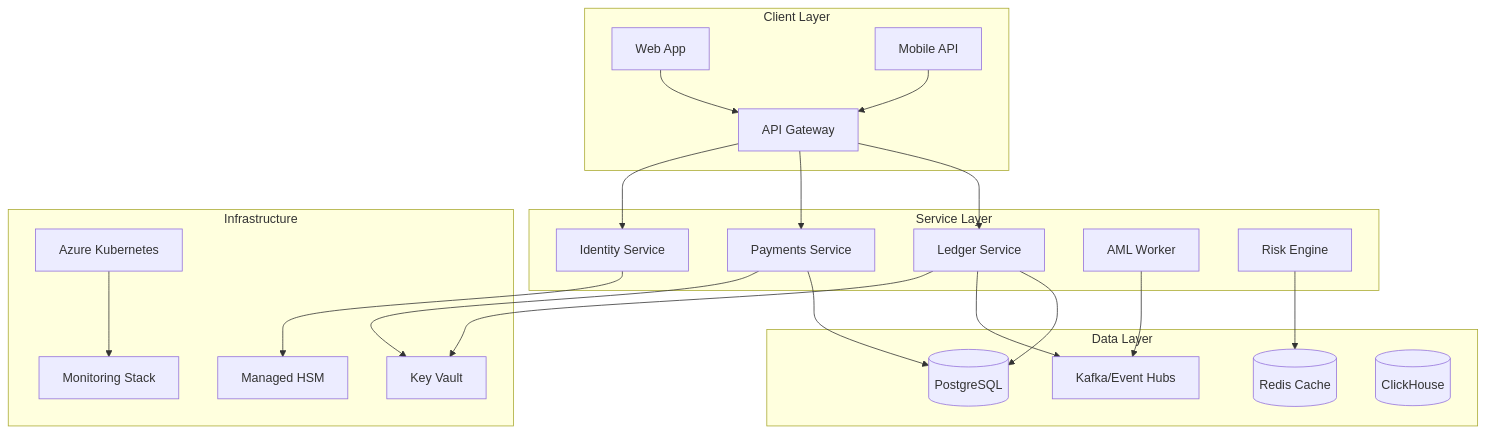
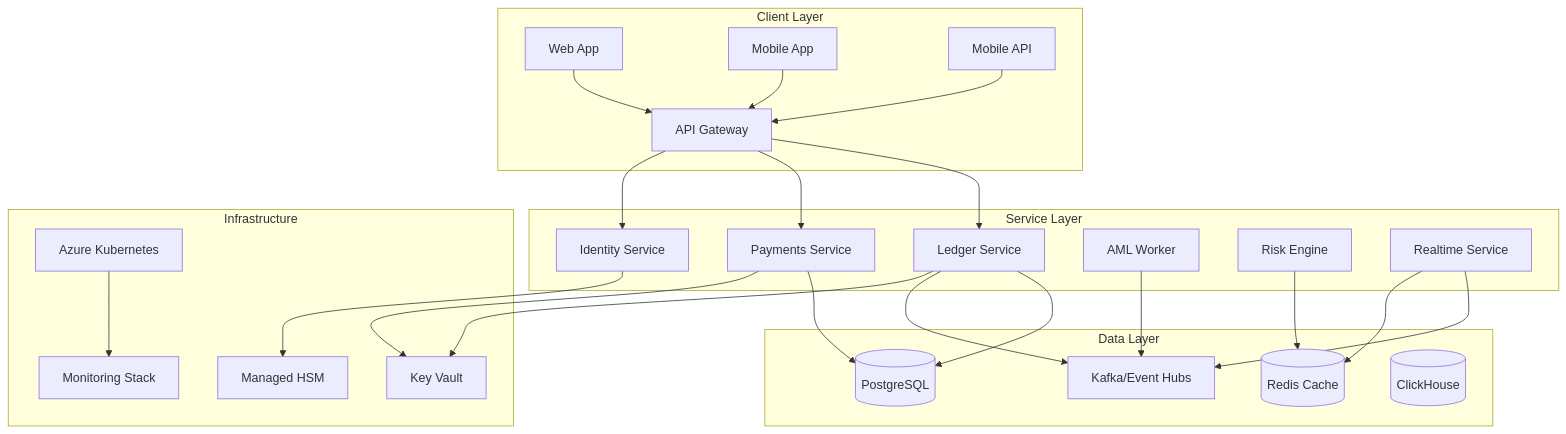
The diagram in README.md (ragner01/Atlas-bank), drawn with Mermaid before and after one commit. The commit also changed other lines of this file, not shown here.

First line of the commit message:
📚 Update README with Mobile Banking App and Phase 26 Features

````diff
--- a/README.md
+++ b/README.md
@@ -35,48 +52,53 @@
 ```mermaid
 graph TB
     subgraph "Client Layer"
         WEB[Web App]
+        MOBILE[Mobile App]
         API[Mobile API]
         GW[API Gateway]
     end
     
     subgraph "Service Layer"
         LEDGER[Ledger Service]
         PAYMENTS[Payments Service]
         IDENTITY[Identity Service]
         AML[AML Worker]
         RISK[Risk Engine]
+        REALTIME[Realtime Service]
     end
     
     subgraph "Data Layer"
         POSTGRES[(PostgreSQL)]
         REDIS[(Redis Cache)]
         KAFKA[Kafka/Event Hubs]
         CLICKHOUSE[(ClickHouse)]
     end
     
     subgraph "Infrastructure"
         AKS[Azure Kubernetes]
         KEYVAULT[Key Vault]
         HSM[Managed HSM]
         MONITORING[Monitoring Stack]
     end
     
     WEB --> GW
+    MOBILE --> GW
     API --> GW
     GW --> LEDGER
     GW --> PAYMENTS
     GW --> IDENTITY
     
     LEDGER --> POSTGRES
     PAYMENTS --> POSTGRES
     LEDGER --> KAFKA
     AML --> KAFKA
     RISK --> REDIS
+    REALTIME --> KAFKA
+    REALTIME --> REDIS
     
     LEDGER --> KEYVAULT
     PAYMENTS --> KEYVAULT
     IDENTITY --> HSM
     
     AKS --> MONITORING
 ```
````
